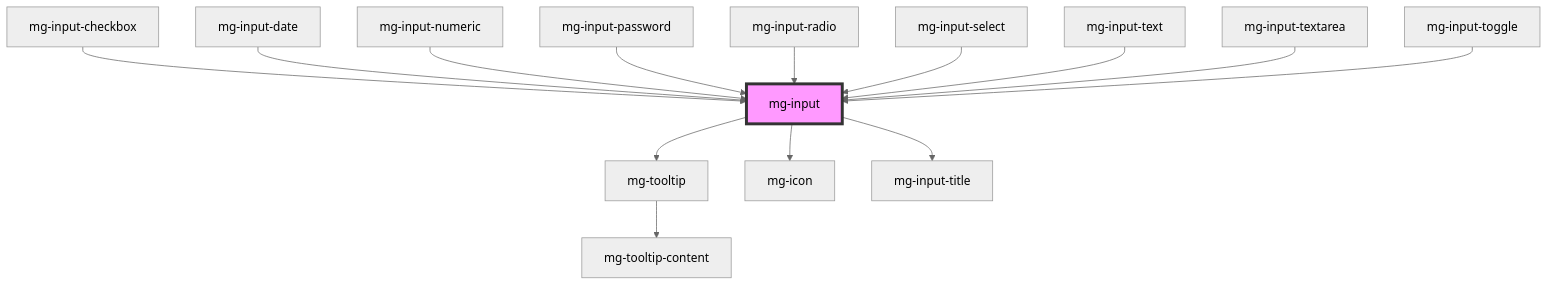
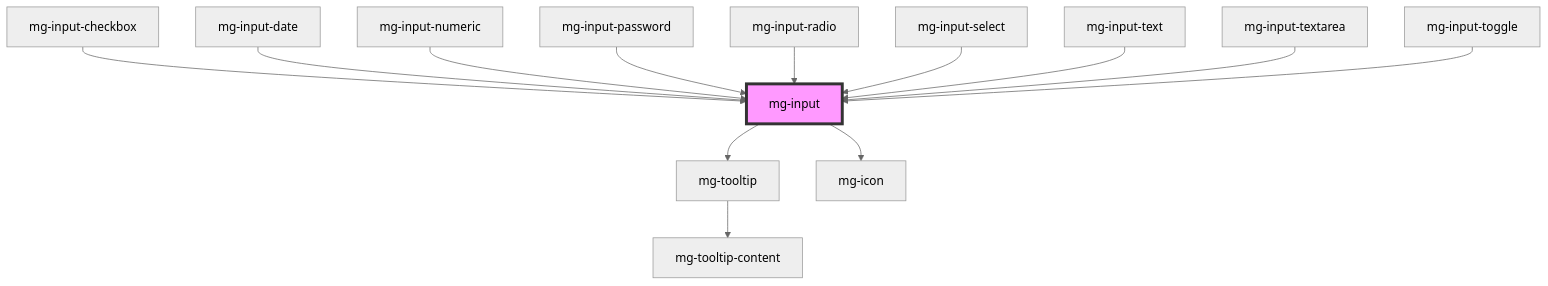
The diagram in packages/mg-components/src/components/molecules/inputs/mg-input/readme.md (MGDIS/core-ui), drawn with Mermaid (neutral theme) before and after one commit. The commit also changed other lines of this file and 50 other files, not shown here.

````diff
--- a/packages/mg-components/src/components/molecules/inputs/mg-input/readme.md
+++ b/packages/mg-components/src/components/molecules/inputs/mg-input/readme.md
@@ -153,17 +150,16 @@
 ```mermaid
 graph TD;
   mg-input --> mg-tooltip
   mg-input --> mg-icon
-  mg-input --> mg-input-title
   mg-tooltip --> mg-tooltip-content
   mg-input-checkbox --> mg-input
   mg-input-date --> mg-input
   mg-input-numeric --> mg-input
   mg-input-password --> mg-input
   mg-input-radio --> mg-input
   mg-input-select --> mg-input
   mg-input-text --> mg-input
   mg-input-textarea --> mg-input
   mg-input-toggle --> mg-input
   style mg-input fill:#f9f,stroke:#333,stroke-width:4px
 ```
````
